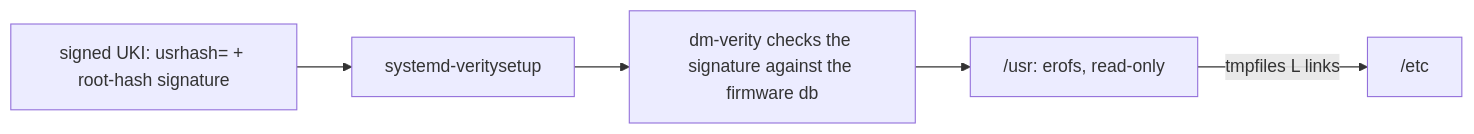
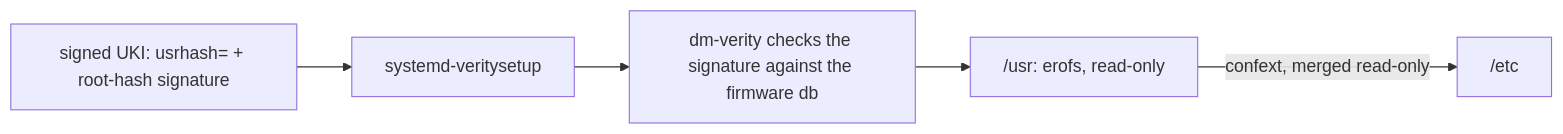
The diagram in docs/features/verified-usr.md (slophaer/golconda), drawn with Mermaid before and after one commit. The commit also changed other lines of this file and 28 other files, not shown here.

First line of the commit message:
docs: the read-only /etc

````diff
--- a/docs/features/verified-usr.md
+++ b/docs/features/verified-usr.md
@@ -7,7 +8,7 @@
 ```mermaid
 flowchart LR
   uki["signed UKI: usrhash= + root-hash signature"] --> vs[systemd-veritysetup]
   vs --> dm["dm-verity checks the signature against the firmware db"]
   dm --> usr["/usr: erofs, read-only"]
-  usr -->|tmpfiles L links| etc["/etc"]
+  usr -->|confext, merged read-only| etc["/etc"]
 ```
````
